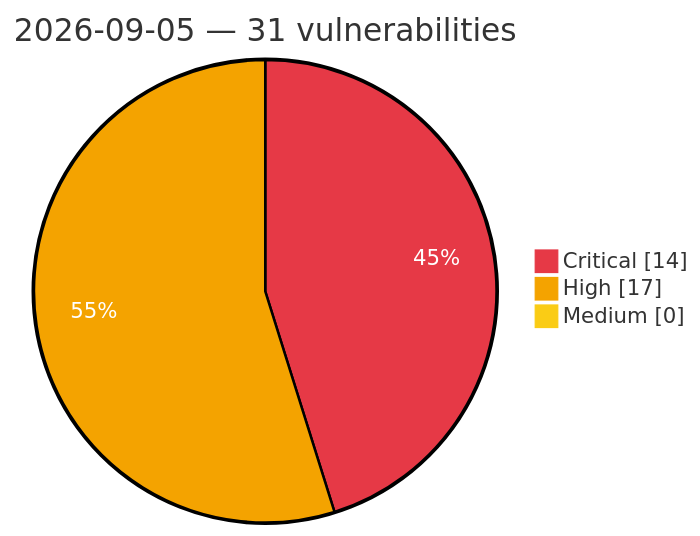
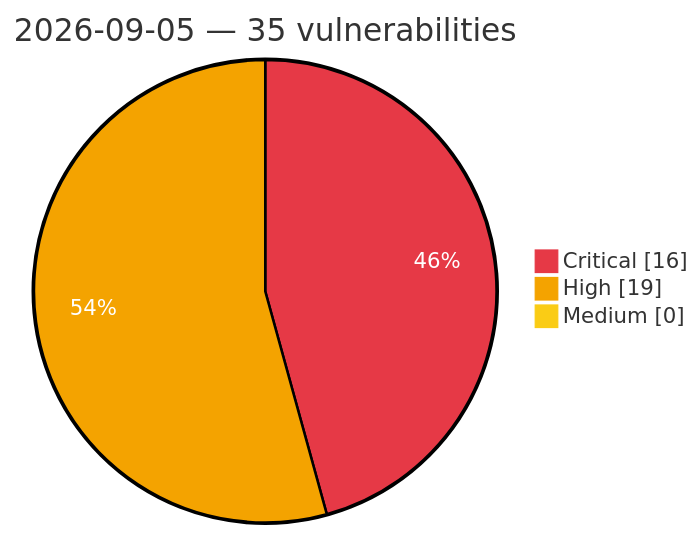
One commit to GhostX0X/vuln-tracker changed the diagram in vulnerabilities/2026/September/2026-09-05.md. Above: the diagram before and after it, drawn with Mermaid. The commit also changed other lines of this file and 5 other files, not shown here.

Commit message:
Auto update: critical/high vulns (2026-09-05 23:05 UTC)

````diff
--- a/vulnerabilities/2026/September/2026-09-05.md
+++ b/vulnerabilities/2026/September/2026-09-05.md
@@ -3,8 +3,8 @@
 ```mermaid
 %%{init: {'theme':'base', 'themeVariables': {'pie1':'#e63946', 'pie2':'#f4a300', 'pie3':'#facc15', 'pieOpacity':'1', 'pieOuterStrokeWidth':'2px', 'pieSectionTextColor':'#ffffff'}}}%%
 pie showData
-    title 2026-09-05 — 31 vulnerabilities
-    "Critical" : 14
-    "High" : 17
+    title 2026-09-05 — 35 vulnerabilities
+    "Critical" : 16
+    "High" : 19
     "Medium" : 0
 ```
````
